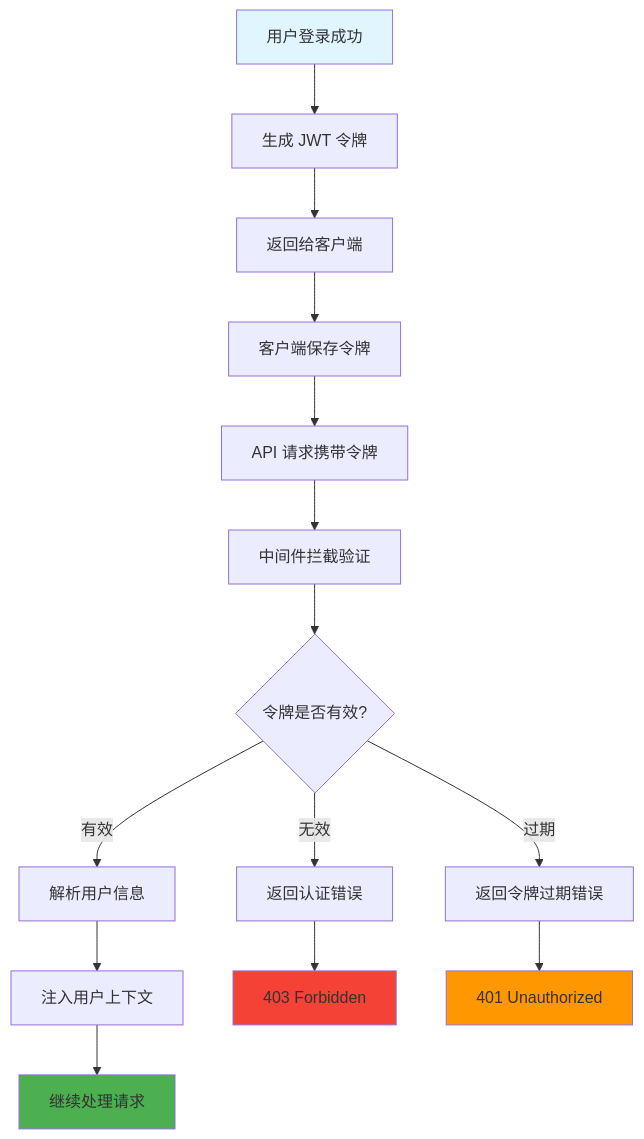
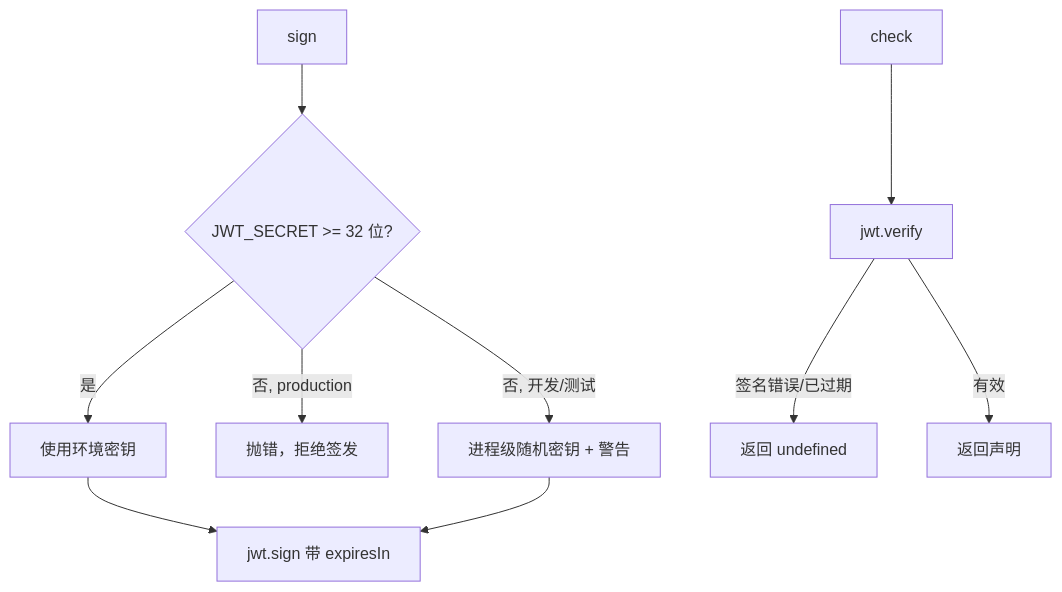
One commit to imatrixme/ikanyue changed the diagram in ikanyue.mapi.hono/src/utils/jwtAuth.js.md. Above: the diagram before and after it, drawn with Mermaid. The commit also changed other lines of this file and 37 other files, not shown here.

````diff
--- a/ikanyue.mapi.hono/src/utils/jwtAuth.js.md
+++ b/ikanyue.mapi.hono/src/utils/jwtAuth.js.md
@@ -9,24 +9,12 @@
 ```mermaid
 flowchart TD
-    A[用户登录成功] --> B[生成 JWT 令牌]
-    B --> C[返回给客户端]
-    C --> D[客户端保存令牌]
-
-    D --> E[API 请求携带令牌]
-    E --> F[中间件拦截验证]
-    F --> G{令牌是否有效?}
-    G -->|有效| H[解析用户信息]
-    G -->|无效| I[返回认证错误]
-    G -->|过期| J[返回令牌过期错误]
-
-    H --> K[注入用户上下文]
-    K --> L[继续处理请求]
-
-    I --> M[403 Forbidden]
-    J --> N[401 Unauthorized]
-
-    style A fill:#e1f5fe
-    style L fill:#4caf50
-    style M fill:#f44336
-    style N fill:#ff9800
+    A[sign] --> B{JWT_SECRET >= 32 位?}
+    B -->|是| C[使用环境密钥]
+    B -->|否, production| D[抛错，拒绝签发]
+    B -->|否, 开发/测试| E[进程级随机密钥 + 警告]
+    C --> F[jwt.sign 带 expiresIn]
+    E --> F
+    G[check] --> H[jwt.verify]
+    H -->|签名错误/已过期| I[返回 undefined]
+    H -->|有效| J[返回声明]
 ```
````
